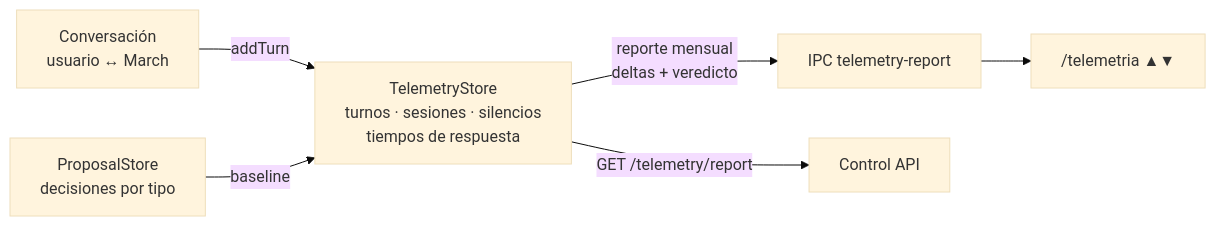
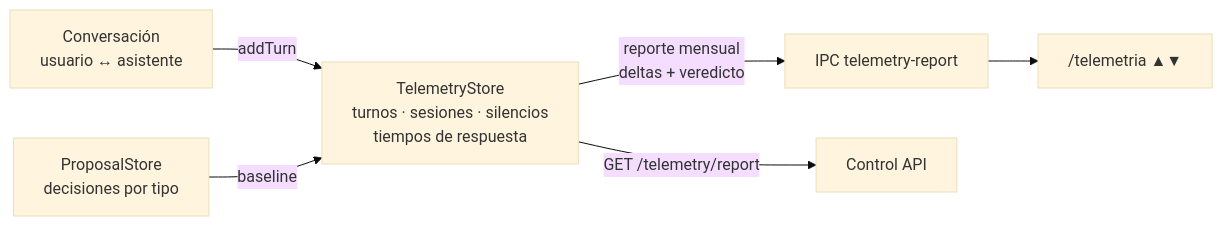
The diagram in core/telemetry/README.md (Dregxmoon/Kaoru-Agent), drawn with Mermaid (base theme) before and after one commit. The commit also changed other lines of this file and 72 other files, not shown here.

````diff
--- a/core/telemetry/README.md
+++ b/core/telemetry/README.md
@@ -36,8 +36,8 @@
 ```mermaid
 flowchart LR
-    CHAT["Conversación<br/>usuario ↔ March"] -->|"addTurn"| TS["TelemetryStore<br/>turnos · sesiones · silencios<br/>tiempos de respuesta"]
+    CHAT["Conversación<br/>usuario ↔ asistente"] -->|"addTurn"| TS["TelemetryStore<br/>turnos · sesiones · silencios<br/>tiempos de respuesta"]
     PROPS["ProposalStore<br/>decisiones por tipo"] -->|"baseline"| TS
     TS -->|"reporte mensual<br/>deltas + veredicto"| IPC["IPC telemetry-report"]
     IPC --> CMD["/telemetria ▲▼"]
     TS -->|"GET /telemetry/report"| API["Control API"]
 ```
````
